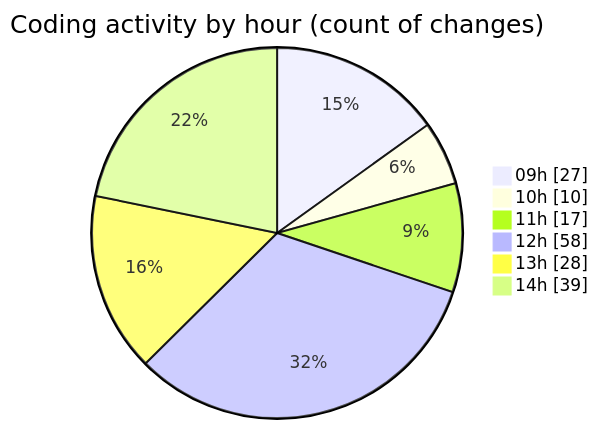
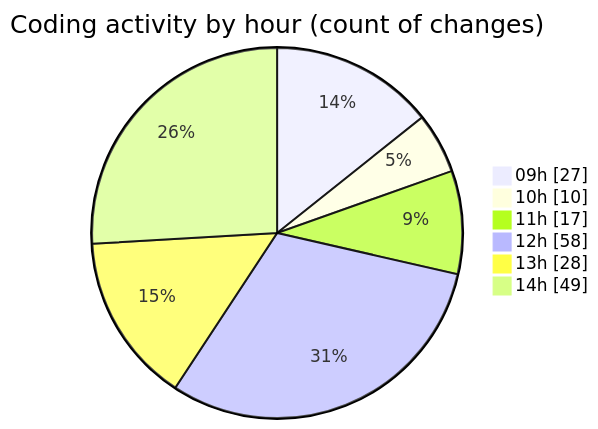
The second of 2 diagrams in 2026-05-15/cda/README.md (momahboobian/code-tracking), drawn with Mermaid before and after one commit. The commit also changed other lines of this file and 1 other file, not shown here.

````diff
--- a/2026-05-15/cda/README.md
+++ b/2026-05-15/cda/README.md
@@ -78,10 +79,10 @@
 ```mermaid
 pie showData
 title Coding activity by hour (count of changes)
 "09h" : 27
 "10h" : 10
 "11h" : 17
 "12h" : 58
 "13h" : 28
-"14h" : 39
+"14h" : 49
 ```
````
